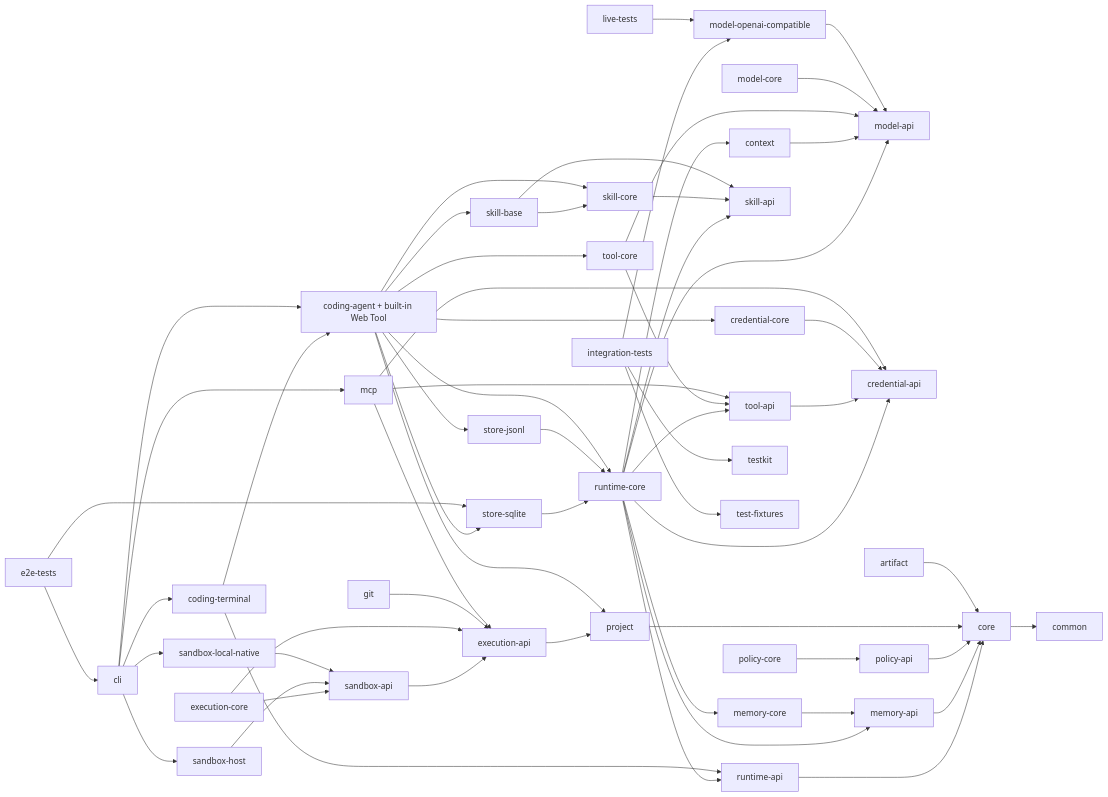
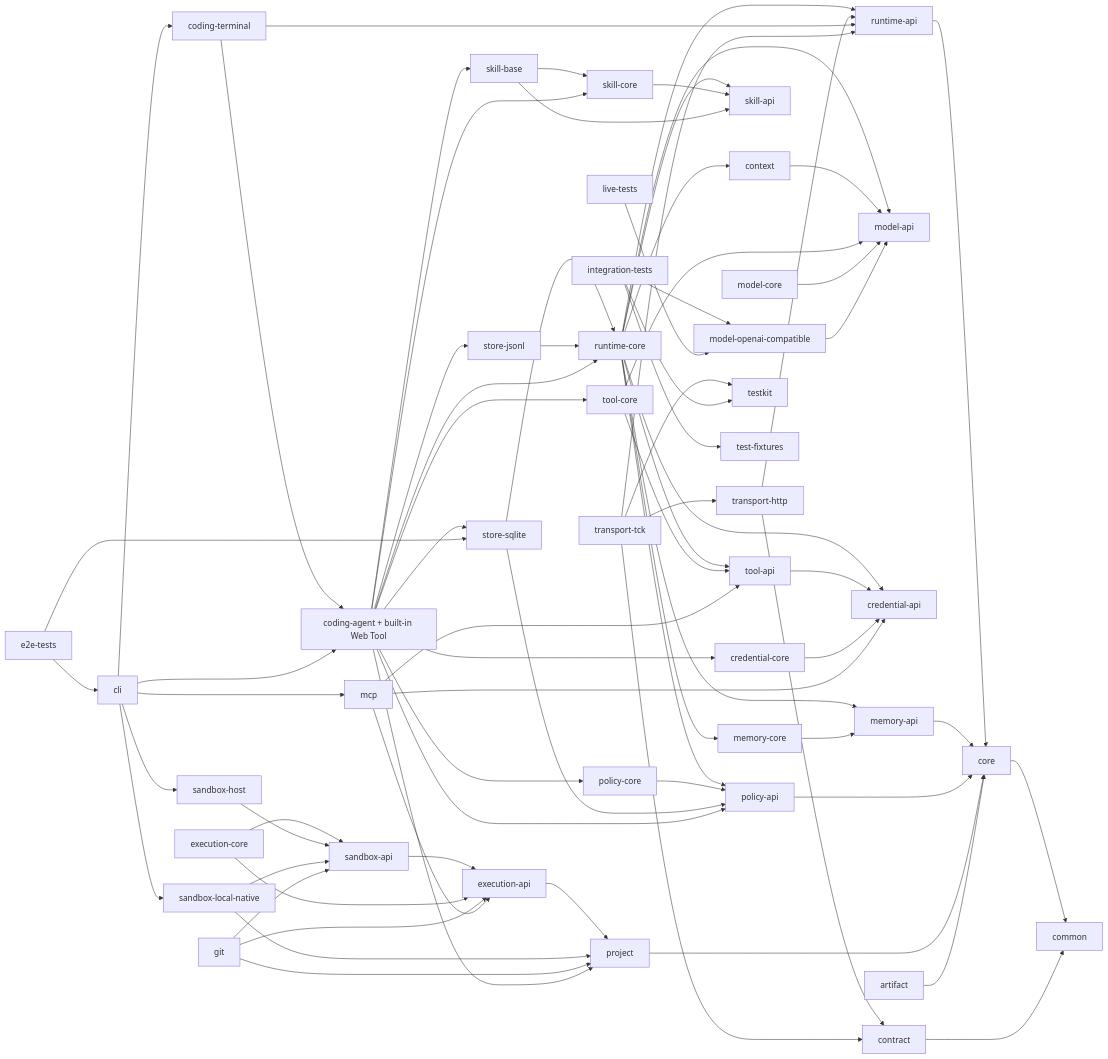
One commit to haifa-agent/haifa-agent changed the diagram in README.md. Above: the diagram before and after it, drawn with Mermaid. The commit also changed other lines of this file, not shown here.

````diff
--- a/README.md
+++ b/README.md
@@ -84,64 +89,78 @@
 ```mermaid
 flowchart LR
   CORE[core] --> COMMON[common]
   RAPI[runtime-api] --> CORE
   RCORE[runtime-core] --> RAPI
   RCORE --> MAPI[model-api]
   RCORE --> TAPI[tool-api]
+  RCORE --> PAPI[policy-api]
   RCORE --> CAPI[credential-api]
   RCORE --> CTX[context]
   RCORE --> MEMAPI[memory-api]
   RCORE --> MEMCORE[memory-core]
   RCORE --> SKAPI[skill-api]
   CTX --> MAPI
   TAPI --> CAPI
   TCORE[tool-core] --> TAPI
   TCORE --> MAPI
   CCORE[credential-core] --> CAPI
   MCORE[model-core] --> MAPI
   MEMAPI --> CORE
   MEMCORE --> MEMAPI
-  PAPI[policy-api] --> CORE
+  PAPI --> CORE
   PCORE[policy-core] --> PAPI
   SKCORE[skill-core] --> SKAPI
   SKBASE[skill-base] --> SKAPI
   SKBASE --> SKCORE
   PROJECT[project] --> CORE
   ARTIFACT[artifact] --> CORE
   EAPI[execution-api] --> PROJECT
   SAPI[sandbox-api] --> EAPI
   ECORE[execution-core] --> EAPI
   ECORE --> SAPI
   SHOST[sandbox-host] --> SAPI
   SLOCAL[sandbox-local-native] --> SAPI
+  SLOCAL --> PROJECT
   GIT[git] --> EAPI
+  GIT --> SAPI
+  GIT --> PROJECT
   MCP[mcp] --> TAPI
   MCP --> CAPI
   MCP --> EAPI
   OAI[model-openai-compatible] --> MAPI
   SQLITE[store-sqlite] --> RCORE
+  SQLITE --> PAPI
   JSONL[store-jsonl] --> RCORE
+  CONTRACT[contract] --> COMMON
+  HTTP[transport-http] --> CONTRACT
+  HTTP --> RAPI
   PAPP[coding-agent + built-in Web Tool] --> RCORE
   PAPP --> SQLITE
   PAPP --> JSONL
   PAPP --> PROJECT
   PAPP --> TCORE
   PAPP --> CCORE
+  PAPP --> PAPI
+  PAPP --> PCORE
   PAPP --> SKCORE
   PAPP --> SKBASE
   TERM[coding-terminal] --> PAPP
   TERM --> RAPI
   CLI[cli] --> TERM
   CLI --> PAPP
   CLI --> MCP
   CLI --> SHOST
   CLI --> SLOCAL
   TESTKIT[testkit]
   FIXTURES[test-fixtures]
+  TTCK[transport-tck] --> TESTKIT
+  TTCK --> CONTRACT
+  TTCK --> RAPI
+  TTCK --> HTTP
   ITEST[integration-tests] --> TESTKIT
   ITEST --> FIXTURES
   ITEST --> OAI
   LIVETEST[live-tests] --> OAI
   E2ETEST[e2e-tests] --> CLI
   E2ETEST --> SQLITE
 ```
````
